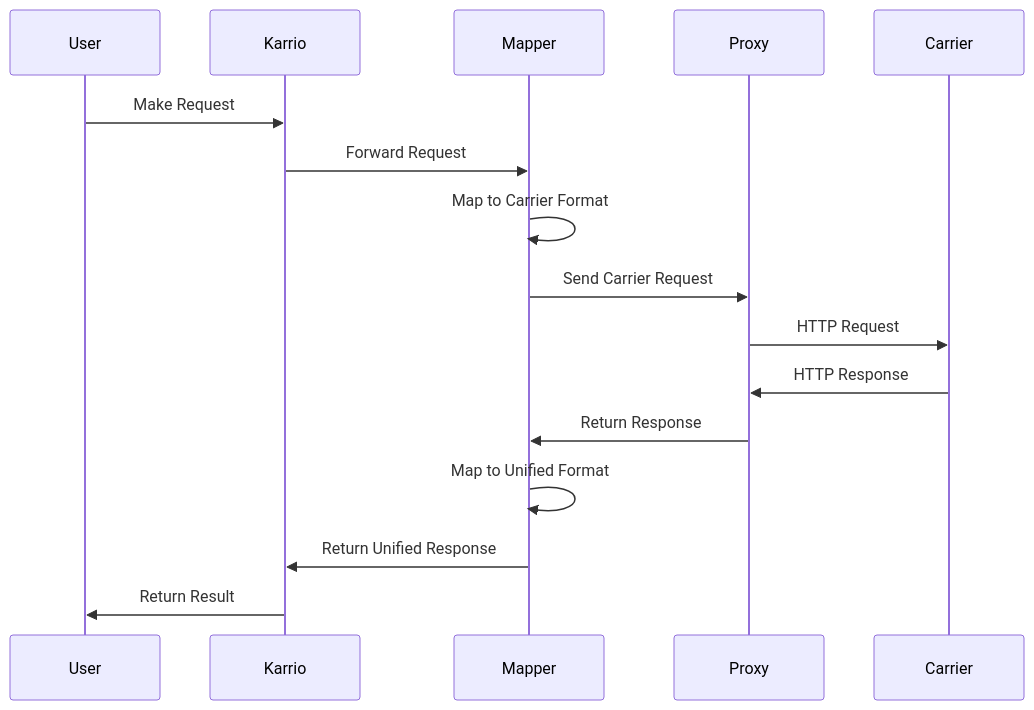
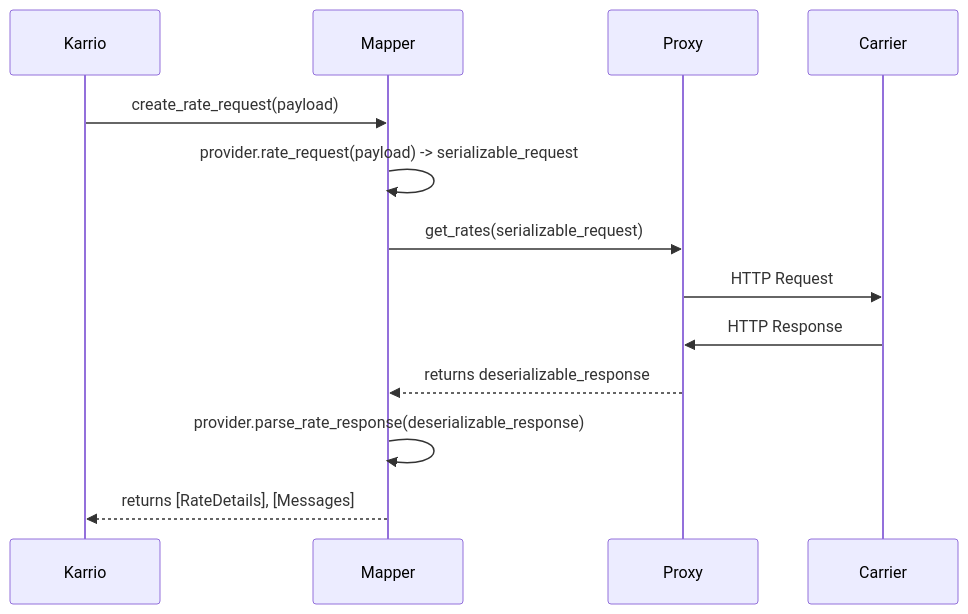
The diagram in apps/web/src/app/docs/developing/carrier-integration/api-requests/page.mdx (karrioapi/karrio), drawn with Mermaid before and after one commit. The commit also changed other lines of this file and 17 other files, not shown here.

````diff
--- a/apps/web/src/app/docs/developing/carrier-integration/api-requests/page.mdx
+++ b/apps/web/src/app/docs/developing/carrier-integration/api-requests/page.mdx
@@ -294,19 +203,16 @@
 ```mermaid
 sequenceDiagram
-    participant User
     participant Karrio
     participant Mapper
     participant Proxy
     participant Carrier
 
-    User->>Karrio: Make Request
-    Karrio->>Mapper: Forward Request
-    Mapper->>Mapper: Map to Carrier Format
-    Mapper->>Proxy: Send Carrier Request
+    Karrio->>Mapper: create_rate_request(payload)
+    Mapper->>Mapper: provider.rate_request(payload) -> serializable_request
+    Mapper->>Proxy: get_rates(serializable_request)
     Proxy->>Carrier: HTTP Request
     Carrier->>Proxy: HTTP Response
-    Proxy->>Mapper: Return Response
-    Mapper->>Mapper: Map to Unified Format
-    Mapper->>Karrio: Return Unified Response
-    Karrio->>User: Return Result
+    Proxy-->>Mapper: returns deserializable_response
+    Mapper->>Mapper: provider.parse_rate_response(deserializable_response)
+    Mapper-->>Karrio: returns [RateDetails], [Messages]
 ```
````
